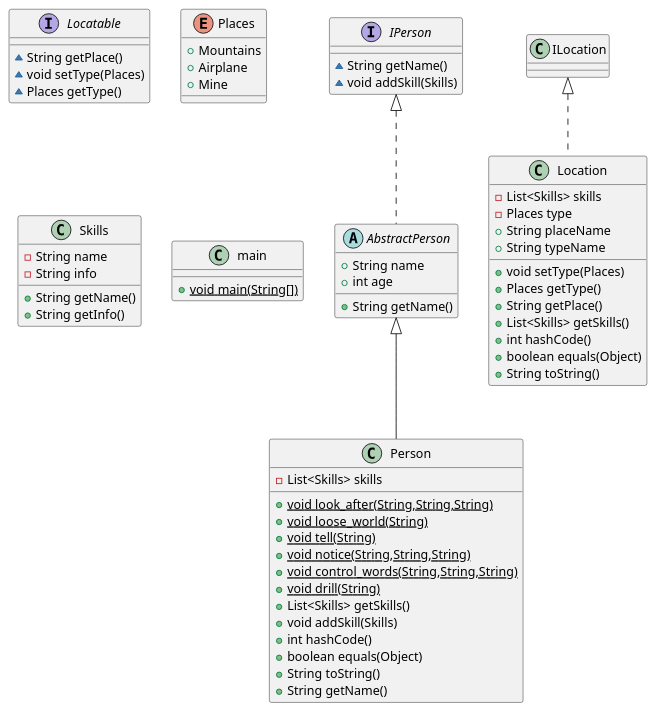
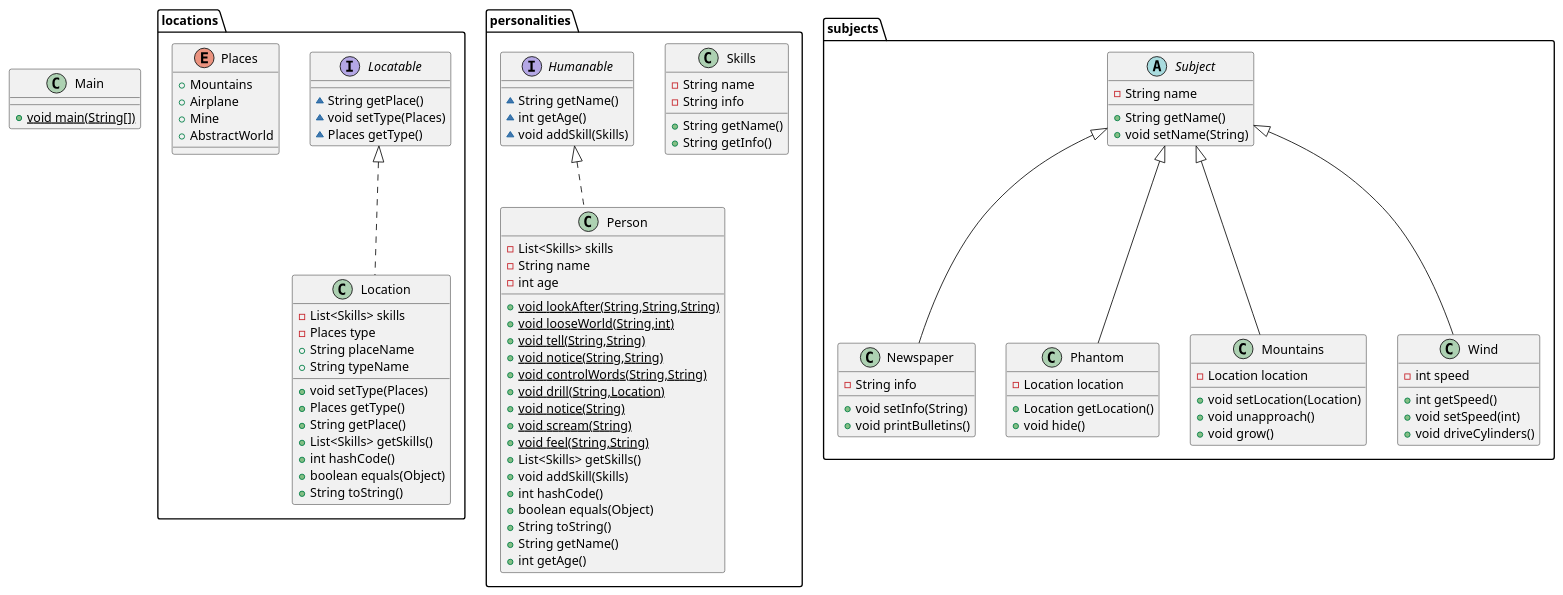
The diagram in lab3.puml (mike-yasnov/prog-lr-3), drawn with PlantUML before and after one commit. The commit also changed 2 other files, not shown here.

```diff
--- a/lab3.puml
+++ b/lab3.puml
@@ -1,64 +1,96 @@
 @startuml
-interface IPerson {
-~ String getName()
-~ void addSkill(Skills)
-}
-interface Locatable
-{
+interface locations.Locatable {
 ~ String getPlace()
 ~ void setType(Places)
 ~ Places getType()
 }
-enum Places {
-+  Mountains
-+  Airplane
-+  Mine
-}
-class Skills {
+class personalities.Skills {
 - String name
 - String info
 + String getName()
 + String getInfo()
 }
-class main {
+class Main {
 + {static} void main(String[])
 }
-abstract class AbstractPerson {
-+ String name
-+ int age
+class personalities.Person {
+- List<Skills> skills
+- String name
+- int age
++ {static} void lookAfter(String,String,String)
++ {static} void looseWorld(String,int)
++ {static} void tell(String,String)
++ {static} void notice(String,String)
++ {static} void controlWords(String,String)
++ {static} void drill(String,Location)
++ {static} void notice(String)
++ {static} void scream(String)
++ {static} void feel(String,String)
++ List<Skills> getSkills()
++ void addSkill(Skills)
++ int hashCode()
++ boolean equals(Object)
++ String toString()
 + String getName()
++ int getAge()
 }
-class Location {
+abstract class subjects.Subject {
+- String name
++ String getName()
++ void setName(String)
+}
+class subjects.Newspaper {
+- String info
++ void setInfo(String)
++ void printBulletins()
+}
+class subjects.Phantom {
+- Location location
++ Location getLocation()
++ void hide()
+}
+class subjects.Mountains {
+- Location location
++ void setLocation(Location)
++ void unapproach()
++ void grow()
+}
+class subjects.Wind {
+- int speed
++ int getSpeed()
++ void setSpeed(int)
++ void driveCylinders()
+}
+interface personalities.Humanable {
+~ String getName()
+~ int getAge()
+~ void addSkill(Skills)
+}
+class locations.Location {
 - List<Skills> skills
 - Places type
 + String placeName
 + String typeName
 + void setType(Places)
 + Places getType()
 + String getPlace()
 + List<Skills> getSkills()
 + int hashCode()
 + boolean equals(Object)
 + String toString()
 }
-class Person {
-- List<Skills> skills
-+ {static} void look_after(String,String,String)
-+ {static} void loose_world(String)
-+ {static} void tell(String)
-+ {static} void notice(String,String,String)
-+ {static} void control_words(String,String,String)
-+ {static} void drill(String)
-+ List<Skills> getSkills()
-+ void addSkill(Skills)
-+ int hashCode()
-+ boolean equals(Object)
-+ String toString()
-+ String getName()
+enum locations.Places {
++  Mountains
++  Airplane
++  Mine
++  AbstractWorld
 }
 
 
-IPerson <|.. AbstractPerson
-ILocation <|.. Location
-AbstractPerson <|-- Person
+personalities.Humanable <|.. personalities.Person
+subjects.Subject <|-- subjects.Newspaper
+subjects.Subject <|-- subjects.Phantom
+subjects.Subject <|-- subjects.Mountains
+subjects.Subject <|-- subjects.Wind
+locations.Locatable <|.. locations.Location
 @enduml
```
